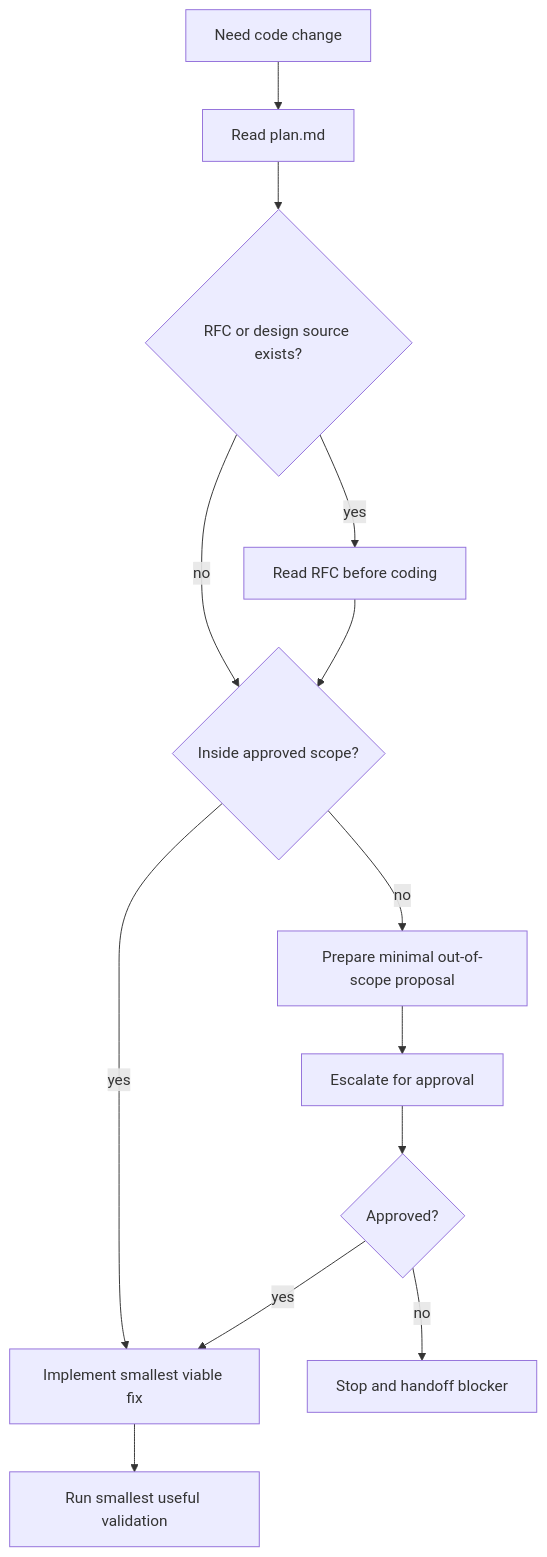
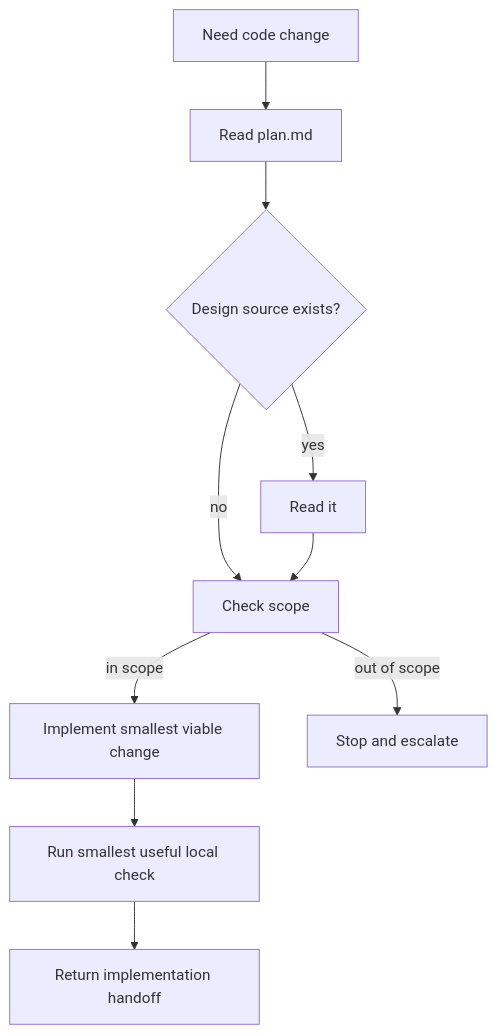
One commit to Thrimbda/legion-mind changed the diagram in skills/engineer/SKILL.md. Above: the diagram before and after it, drawn with Mermaid. The commit also changed other lines of this file and 147 other files, not shown here.

````diff
--- a/skills/engineer/SKILL.md
+++ b/skills/engineer/SKILL.md
@@ -20,15 +31,12 @@
 ```mermaid
 flowchart TD
-    A[Need code change] --> A1[Read plan.md]
-    A1 --> A2{RFC or design source exists?}
-    A2 -- yes --> A3[Read RFC before coding]
-    A2 -- no --> B{Inside approved scope?}
-    A3 --> B
-    B -- yes --> C[Implement smallest viable fix]
-    B -- no --> D[Prepare minimal out-of-scope proposal]
-    D --> E[Escalate for approval]
-    E --> F{Approved?}
-    F -- yes --> C
-    F -- no --> G[Stop and handoff blocker]
-    C --> H[Run smallest useful validation]
+    A[Need code change] --> B[Read plan.md]
+    B --> C{Design source exists?}
+    C -- yes --> D[Read it]
+    C -- no --> E[Check scope]
+    D --> E
+    E -- in scope --> F[Implement smallest viable change]
+    E -- out of scope --> G[Stop and escalate]
+    F --> H[Run smallest useful local check]
+    H --> I[Return implementation handoff]
 ```
````
